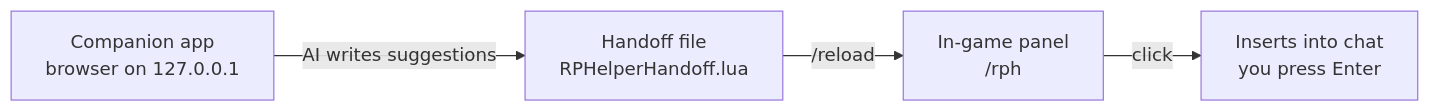
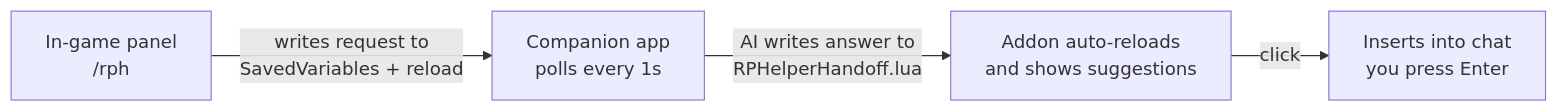
The diagram in README.md (brixen96/RPHelper), drawn with Mermaid before and after one commit. The commit also changed other lines of this file and 6 other files, not shown here.

Commit message:
In-game GUI: addon request/reload handshake with server watcher; switch to deepseek/deepseek-v4-flash

````diff
--- a/README.md
+++ b/README.md
@@ -7,6 +7,6 @@
 ```mermaid
 flowchart LR
-    A[Companion app<br/>browser on 127.0.0.1] -->|AI writes suggestions| B[Handoff file<br/>RPHelperHandoff.lua]
-    B -->|/reload| C[In-game panel<br/>/rph]
+    A[In-game panel<br/>/rph] -->|writes request to<br/>SavedVariables + reload| B[Companion app<br/>polls every 1s]
+    B -->|AI writes answer to<br/>RPHelperHandoff.lua| C[Addon auto-reloads<br/>and shows suggestions]
     C -->|click| D[Inserts into chat<br/>you press Enter]
 ```
````
